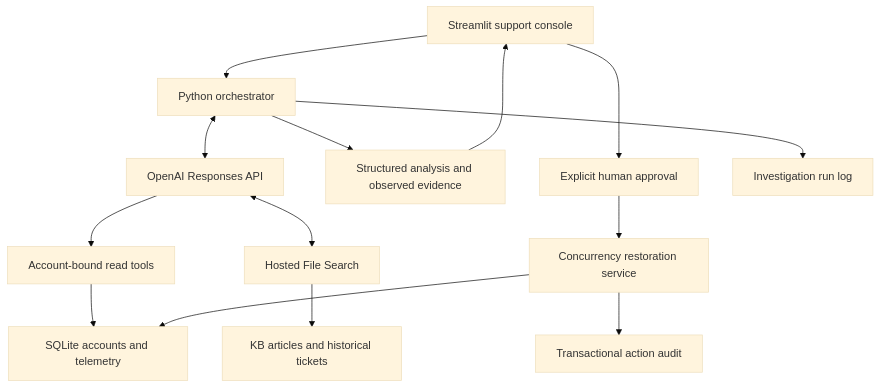
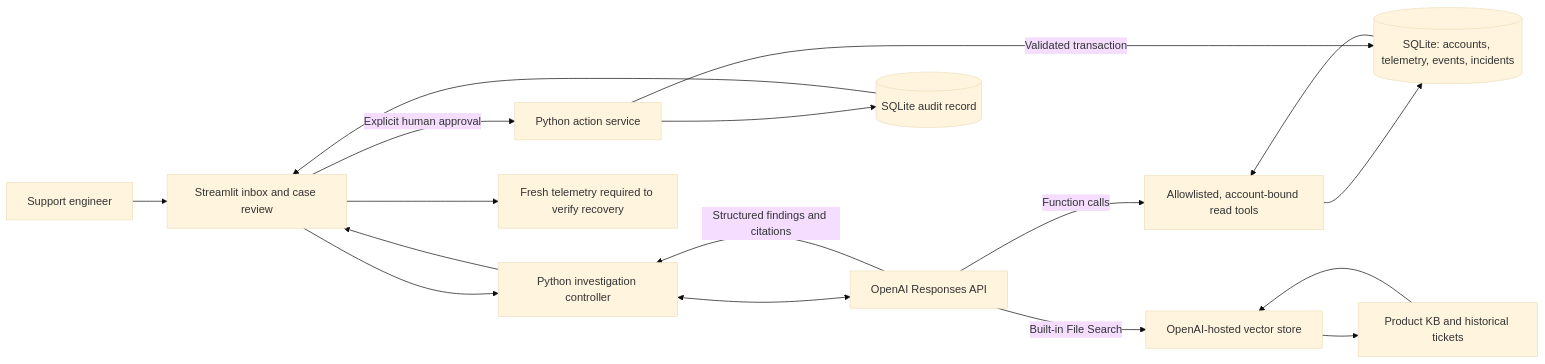
The diagram in README.md (Kashish-1010/ai-support-agent-openai), drawn with Mermaid (base theme) before and after one commit. The commit also changed other lines of this file, not shown here.

````diff
--- a/README.md
+++ b/README.md
@@ -139,16 +41,23 @@
 ```mermaid
-flowchart TD
-    UI[Streamlit support console] --> ORCH[Python orchestrator]
-    ORCH <--> API[OpenAI Responses API]
-    API --> READS[Account-bound read tools]
-    READS --> DB[SQLite accounts and telemetry]
-    API <--> FS[Hosted File Search]
-    FS --> CORPUS[KB articles and historical tickets]
-    ORCH --> RESULT[Structured analysis and observed evidence]
-    RESULT --> UI
-    UI --> HUMAN[Explicit human approval]
-    HUMAN --> ACTION[Concurrency restoration service]
-    ACTION --> DB
-    ORCH --> RUNLOG[Investigation run log]
-    ACTION --> AUDIT[Transactional action audit]
+flowchart LR
+    ENG[Support engineer] --> UI[Streamlit inbox and case review]
+    UI --> AGENT[Python investigation controller]
+    AGENT <--> RESP[OpenAI Responses API]
+
+    RESP -->|Function calls| TOOLS[Allowlisted, account-bound read tools]
+    TOOLS --> OPS[(SQLite: accounts, telemetry, events, incidents)]
+
+    RESP -->|Built-in File Search| FS[OpenAI-hosted vector store]
+    FS --> DOCS[Product KB and historical tickets]
+
+    RESP -->|Structured findings and citations| AGENT
+    OPS --> TOOLS
+    DOCS --> FS
+    AGENT --> UI
+
+    UI -->|Explicit human approval| APPROVAL[Python action service]
+    APPROVAL -->|Validated transaction| OPS
+    APPROVAL --> AUDIT[(SQLite audit record)]
+    AUDIT --> UI
+    UI --> VERIFY[Fresh telemetry required to verify recovery]
 ```
````
